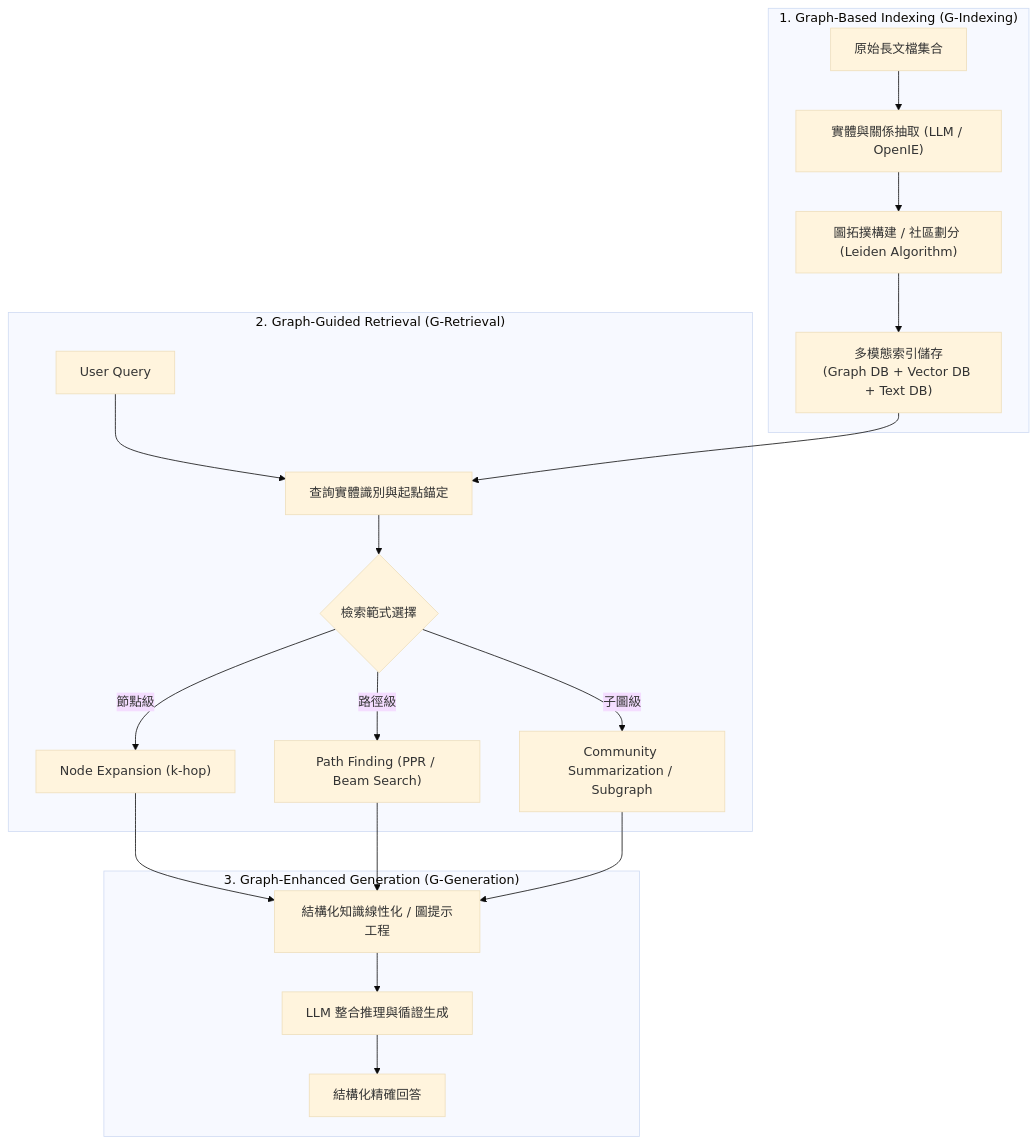
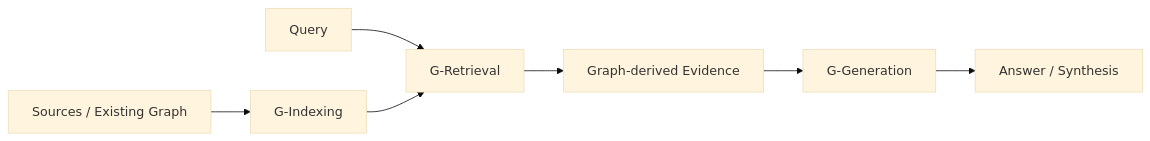
The diagram in 03 - 論文庫 (Literature Notes)/04 - Knowledge & Graph RAG/(arXiv 2024-08) Graph Retrieval-Augmented Generation - A Survey.md (Cycl0n3-ga/RAG-survey), drawn with Mermaid (base theme) before and after one commit. The commit also changed other lines of this file and 3 other files, not shown here.

````diff
--- a/03 - 論文庫 (Literature Notes)/04 - Knowledge & Graph RAG/(arXiv 2024-08) Graph Retrieval-Augmented Generation - A Survey.md
+++ b/03 - 論文庫 (Literature Notes)/04 - Knowledge & Graph RAG/(arXiv 2024-08) Graph Retrieval-Augmented Generation - A Survey.md
@@ -91,25 +64,9 @@
 ```mermaid
-flowchart TD
-    subgraph GIndexing["1. Graph-Based Indexing (G-Indexing)"]
-        Docs["原始長文檔集合"] --> IE["實體與關係抽取 (LLM / OpenIE)"]
-        IE --> GraphConstruct["圖拓撲構建 / 社區劃分 (Leiden Algorithm)"]
-        GraphConstruct --> MultiStore["多模態索引儲存<br/>(Graph DB + Vector DB + Text DB)"]
-    end
-
-    subgraph GRetrieval["2. Graph-Guided Retrieval (G-Retrieval)"]
-        Q["User Query"] --> EntityAlign["查詢實體識別與起點錨定"]
-        MultiStore --> EntityAlign
-        EntityAlign --> SearchType{"檢索範式選擇"}
-        SearchType -->|"節點級"| NNode["Node Expansion (k-hop)"]
-        SearchType -->|"路徑級"| NPath["Path Finding (PPR / Beam Search)"]
-        SearchType -->|"子圖級"| NSub["Community Summarization / Subgraph"]
-    end
-
-    subgraph GGen["3. Graph-Enhanced Generation (G-Generation)"]
-        NNode --> Linearize["結構化知識線性化 / 圖提示工程"]
-        NPath --> Linearize
-        NSub --> Linearize
-        Linearize --> LLM["LLM 整合推理與循證生成"]
-        LLM --> Out["結構化精確回答"]
-    end
+flowchart LR
+    S["Sources / Existing Graph"] --> GI["G-Indexing"]
+    Q["Query"] --> GR["G-Retrieval"]
+    GI --> GR
+    GR --> E["Graph-derived Evidence"]
+    E --> GG["G-Generation"]
+    GG --> O["Answer / Synthesis"]
 ```
````
